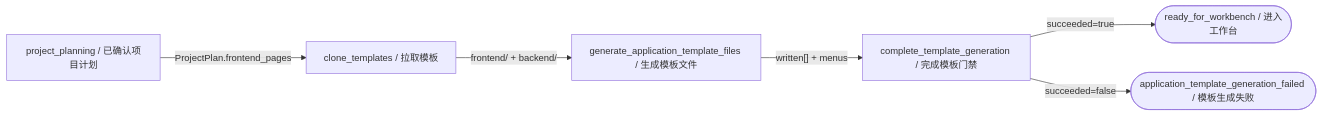
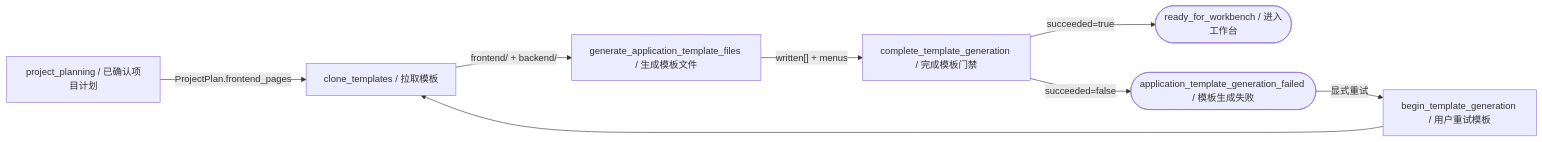
Before and after one commit to YYYWYF/XCodeAgent: the third of 11 diagrams in docs/XCODEAGENT_COMPLETE_WORKFLOW.md, drawn with Mermaid. The commit also changed other lines of this file and 15 other files, not shown here.

````diff
--- a/docs/XCODEAGENT_COMPLETE_WORKFLOW.md
+++ b/docs/XCODEAGENT_COMPLETE_WORKFLOW.md
@@ -211,15 +211,18 @@
 ```mermaid
 flowchart LR
     P["project_planning / 已确认项目计划"]
     C["clone_templates / 拉取模板"]
     G["generate_application_template_files / 生成模板文件"]
     V["complete_template_generation / 完成模板门禁"]
     W(["ready_for_workbench / 进入工作台"])
     F(["application_template_generation_failed / 模板生成失败"])
+    R["begin_template_generation / 用户重试模板"]
 
     P -->|"ProjectPlan.frontend_pages"| C
     C -->|"frontend/ + backend/"| G
     G -->|"written[] + menus"| V
     V -->|"succeeded=true"| W
     V -->|"succeeded=false"| F
+    F -->|"显式重试"| R
+    R --> C
 ```
````
